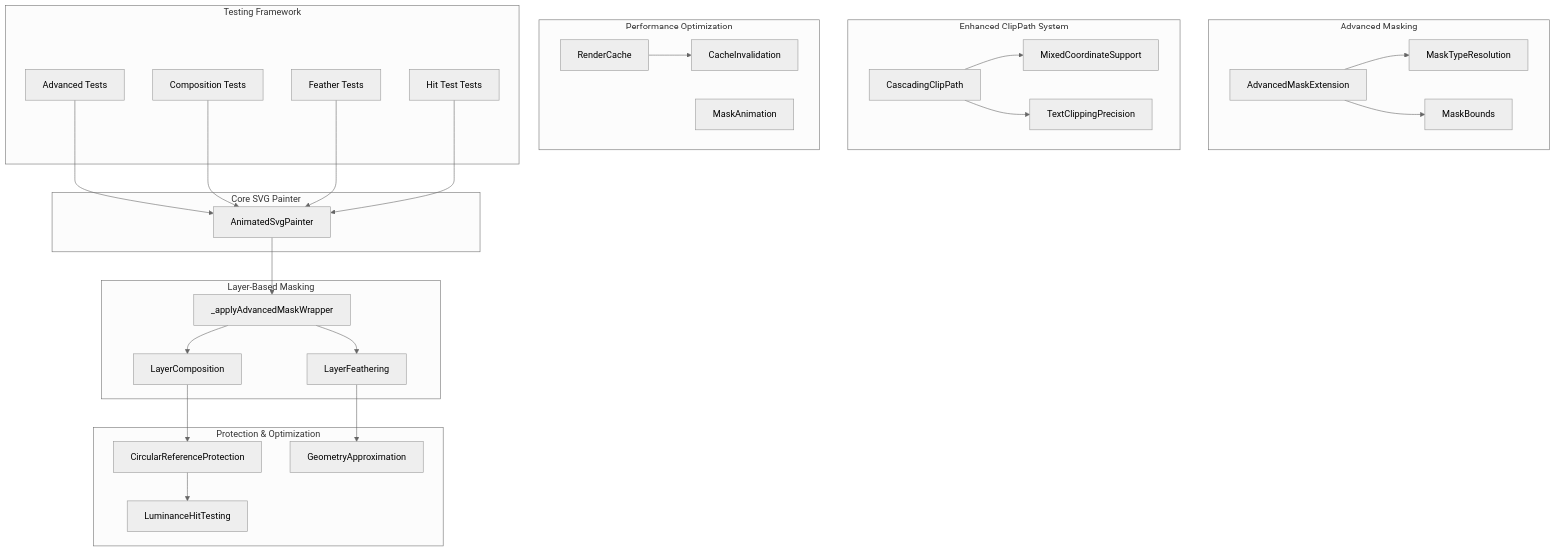
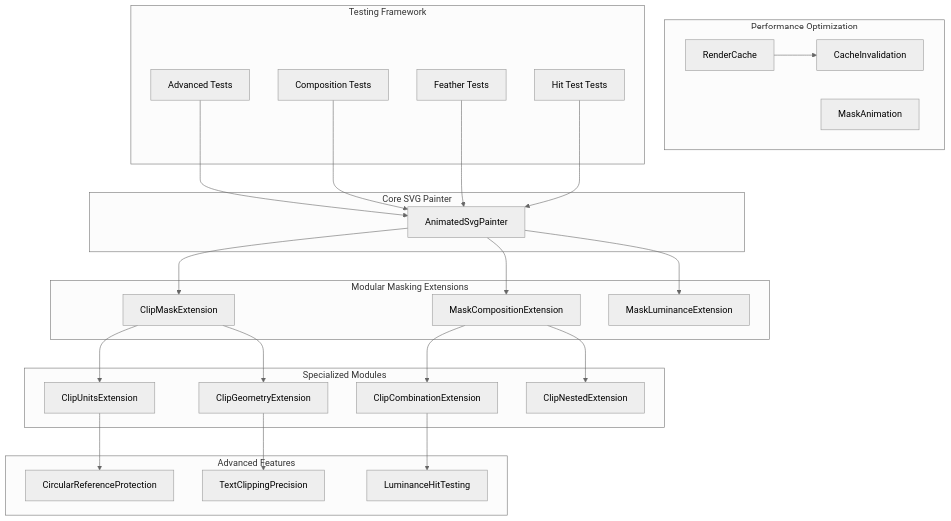
One commit to denisnadey/flutter_full_svg_support changed the first of 10 diagrams in .qoder/repowiki/en/content/Animated SVG Support/Advanced Animation Features/SVG Filters and Effects/Advanced Clipping and Masking System.md. Above: the diagram before and after it, drawn with Mermaid (neutral theme). The commit also changed other lines of this file and 60 other files, not shown here.

First line of the commit message:
refactor(animation): modularize advanced clipping and masking system

````diff
--- a/.qoder/repowiki/en/content/Animated SVG Support/Advanced Animation Features/SVG Filters and Effects/Advanced Clipping and Masking System.md
+++ b/.qoder/repowiki/en/content/Animated SVG Support/Advanced Animation Features/SVG Filters and Effects/Advanced Clipping and Masking System.md
@@ -60,52 +62,48 @@
 ```mermaid
 graph TB
 subgraph "Core SVG Painter"
 AP[AnimatedSvgPainter]
 end
-subgraph "Layer-Based Masking"
-LM[_applyAdvancedMaskWrapper]
-LC[LayerComposition]
-LF[LayerFeathering]
+subgraph "Modular Masking Extensions"
+CM[ClipMaskExtension]
+MC[MaskCompositionExtension]
+ML[MaskLuminanceExtension]
 end
-subgraph "Advanced Masking"
-AM[AdvancedMaskExtension]
-MT[MaskTypeResolution]
-MB[MaskBounds]
+subgraph "Specialized Modules"
+CG[ClipGeometryExtension]
+CU[ClipUnitsExtension]
+CC[ClipCombinationExtension]
+CN[ClipNestedExtension]
 end
-subgraph "Enhanced ClipPath System"
-CCP[CascadingClipPath]
-MCS[MixedCoordinateSupport]
+subgraph "Advanced Features"
+CR[CircularReferenceProtection]
 TCP[TextClippingPrecision]
-end
-subgraph "Protection & Optimization"
-CR[CircularReferenceProtection]
-GAP[GeometryApproximation]
 LHT[LuminanceHitTesting]
 end
 subgraph "Performance Optimization"
 RC[RenderCache]
 MA[MaskAnimation]
 CF[CacheInvalidation]
 end
 subgraph "Testing Framework"
 AT[Advanced Tests]
 CT[Composition Tests]
 FT[Feather Tests]
 HT[Hit Test Tests]
 end
-AP --> LM
-LM --> LC
-LM --> LF
-AM --> MT
-AM --> MB
-CCP --> MCS
-CCP --> TCP
-LC --> CR
-LF --> GAP
-CR --> LHT
+AP --> CM
+AP --> MC
+AP --> ML
+CM --> CG
+CM --> CU
+MC --> CC
+MC --> CN
+CG --> TCP
+CU --> CR
+CC --> LHT
 RC --> CF
 AT --> AP
 CT --> AP
 FT --> AP
 HT --> AP
 ```
````
